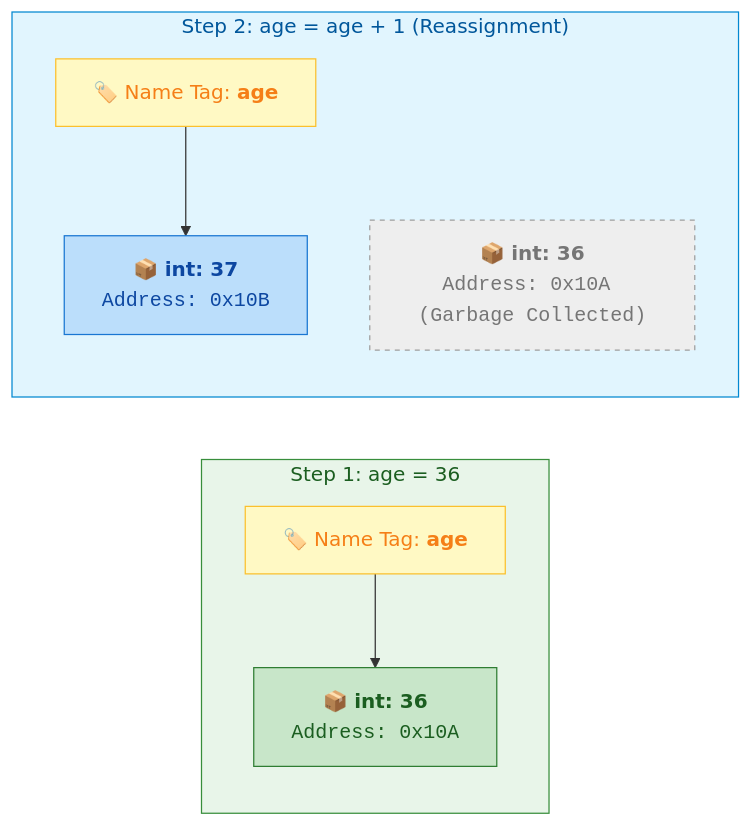
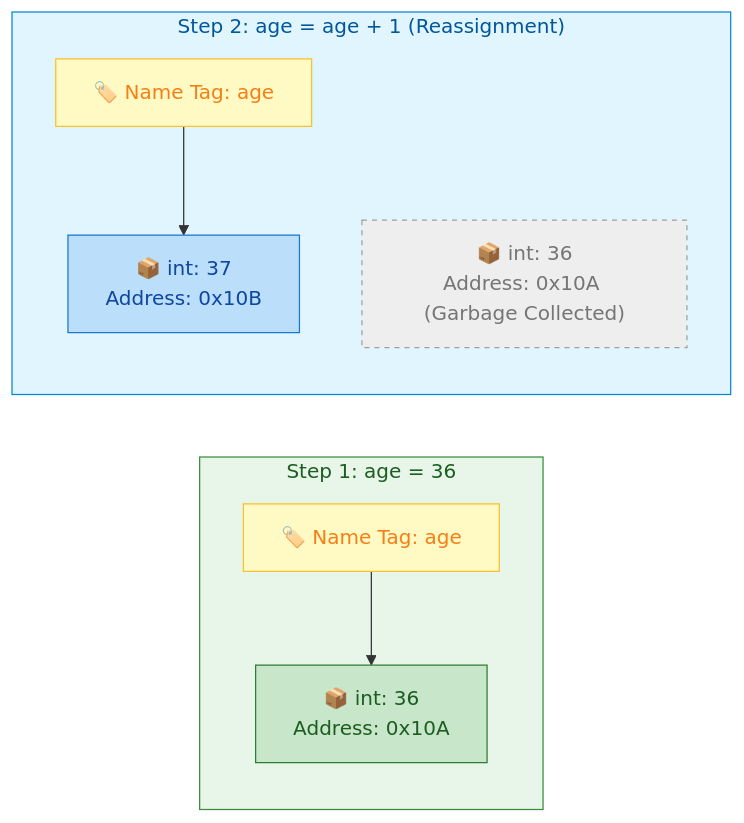
One commit to githubchecker/personal changed the first of 4 diagrams in notes/NotionExport/AI/AI-Learinig-Path/Phase 0 - Foundations/Phase 0.1 - Python/02 Variables Types and Operators.md. Above: the diagram before and after it, drawn with Mermaid. The commit also changed other lines of this file and 5 other files, not shown here.

Commit message:
fix: clean Mermaid HTML tags and finalize infographic headers with large font

````diff
--- a/notes/NotionExport/AI/AI-Learinig-Path/Phase 0 - Foundations/Phase 0.1 - Python/02 Variables Types and Operators.md
+++ b/notes/NotionExport/AI/AI-Learinig-Path/Phase 0 - Foundations/Phase 0.1 - Python/02 Variables Types and Operators.md
@@ -59,19 +59,19 @@
 ```mermaid
 flowchart LR
     subgraph Step1 ["Step 1: age = 36"]
-        Label1["🏷️ Name Tag: <b>age</b>"] --> Obj1["📦 <b>int: 36</b><br/><code>Address: 0x10A</code>"]
+        Label1["🏷️ Name Tag: age"] --> Obj1["📦 int: 36<br/>Address: 0x10A"]
     end
 
     subgraph Step2 ["Step 2: age = age + 1 (Reassignment)"]
-        Label2["🏷️ Name Tag: <b>age</b>"] --> Obj2["📦 <b>int: 37</b><br/><code>Address: 0x10B</code>"]
-        OldObj["📦 <b>int: 36</b><br/><code>Address: 0x10A (Garbage Collected)</code>"]
+        Label2["🏷️ Name Tag: age"] --> Obj2["📦 int: 37<br/>Address: 0x10B"]
+        OldObj["📦 int: 36<br/>Address: 0x10A (Garbage Collected)"]
     end
 
     style Step1 fill:#E8F5E9,stroke:#388E3C,color:#1B5E20
     style Step2 fill:#E1F5FE,stroke:#0288D1,color:#01579B
     style Label1 fill:#FFF9C4,stroke:#FBC02D,color:#F57F17
     style Label2 fill:#FFF9C4,stroke:#FBC02D,color:#F57F17
     style Obj1 fill:#C8E6C9,stroke:#2E7D32,color:#1B5E20
     style Obj2 fill:#BBDEFB,stroke:#1976D2,color:#0D47A1
     style OldObj fill:#EEEEEE,stroke:#9E9E9E,stroke-dasharray: 4 4,color:#757575
 ```
````
